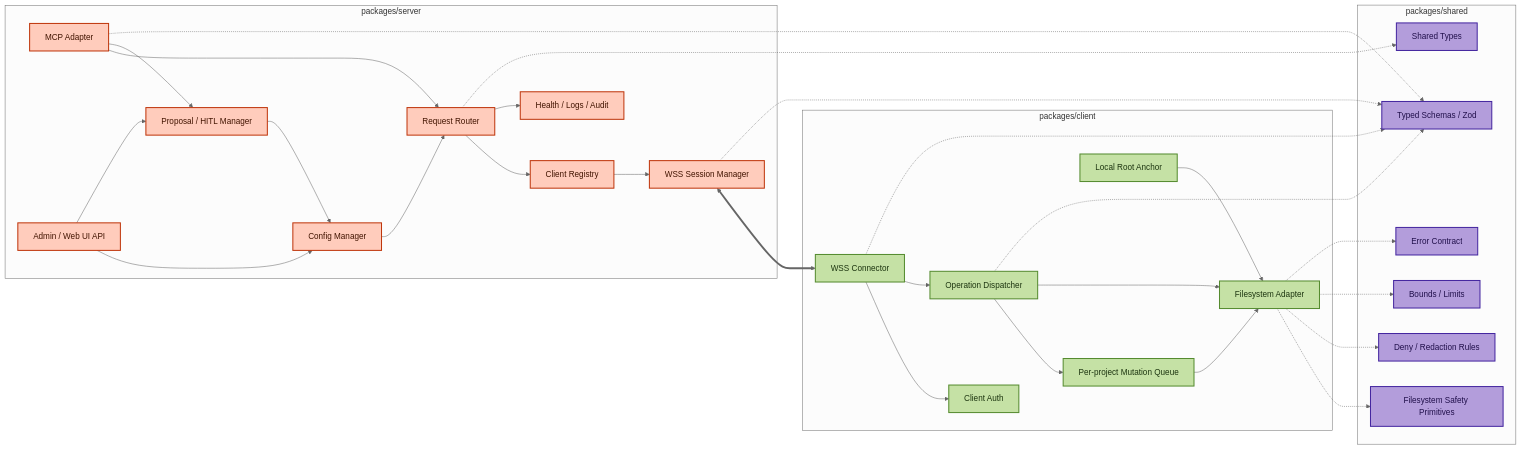
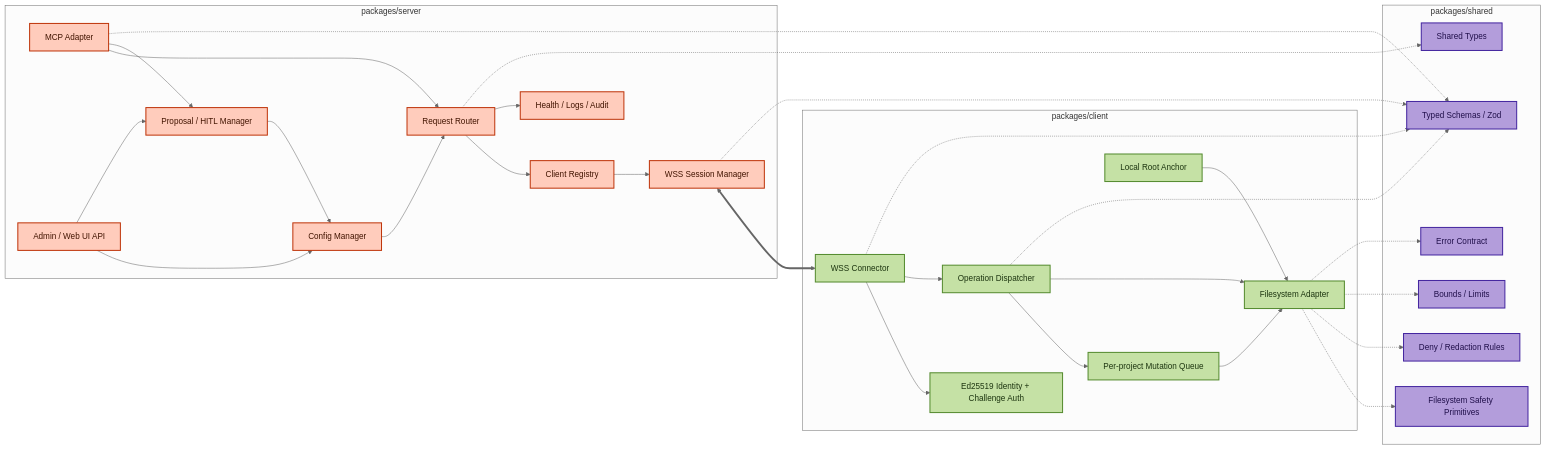
Before and after one commit to apinheiro99/reach-mcp: the third of 9 diagrams in docs/architecture.md, drawn with Mermaid (neutral theme). The commit also changed other lines of this file and 3 other files, not shown here.

First line of the commit message:
docs(adr): record ADR-0004 zero-touch Client onboarding with Ed25519 identity

````diff
--- a/docs/architecture.md
+++ b/docs/architecture.md
@@ -237,65 +245,65 @@
 ```mermaid
 flowchart LR
     subgraph SERVER["packages/server"]
         SMCP["MCP Adapter"]
         SADMIN["Admin / Web UI API"]
         SROUTE["Request Router"]
         SREG["Client Registry"]
         SCONF["Config Manager"]
         SHITL["Proposal / HITL Manager"]
         SOBS["Health / Logs / Audit"]
         SWSS["WSS Session Manager"]
     end
 
     subgraph SHARED["packages/shared"]
         SCHEMA["Typed Schemas / Zod"]
         TYPES["Shared Types"]
         ERR["Error Contract"]
         SAFETY["Filesystem Safety Primitives"]
         REDACT["Deny / Redaction Rules"]
         BOUNDS["Bounds / Limits"]
     end
 
     subgraph CLIENT["packages/client"]
         CWSS["WSS Connector"]
-        CAUTH["Client Auth"]
+        CAUTH["Ed25519 Identity + Challenge Auth"]
         CDISPATCH["Operation Dispatcher"]
         CQUEUE["Per-project Mutation Queue"]
         CROOT["Local Root Anchor"]
         CFS["Filesystem Adapter"]
     end
 
     SMCP --> SROUTE
     SMCP --> SHITL
     SADMIN --> SCONF
     SADMIN --> SHITL --> SCONF
     SROUTE --> SREG --> SWSS
     SCONF --> SROUTE
     SROUTE --> SOBS
 
     SWSS <==> CWSS
     CWSS --> CAUTH
     CWSS --> CDISPATCH
     CDISPATCH --> CQUEUE
     CDISPATCH --> CFS
     CQUEUE --> CFS
     CROOT --> CFS
 
     SMCP -.-> SCHEMA
     SWSS -.-> SCHEMA
     CWSS -.-> SCHEMA
     CDISPATCH -.-> SCHEMA
     CFS -.-> SAFETY
     CFS -.-> REDACT
     CFS -.-> BOUNDS
     SROUTE -.-> TYPES
     CFS -.-> ERR
 
     classDef server fill:#ffccbc,stroke:#bf360c,color:#421400,stroke-width:2px;
     classDef shared fill:#b39ddb,stroke:#4527a0,color:#21104b,stroke-width:2px;
     classDef client fill:#c5e1a5,stroke:#558b2f,color:#1d3510,stroke-width:2px;
 
     class SMCP,SADMIN,SROUTE,SREG,SCONF,SHITL,SOBS,SWSS server;
     class SCHEMA,TYPES,ERR,SAFETY,REDACT,BOUNDS shared;
     class CWSS,CAUTH,CDISPATCH,CQUEUE,CROOT,CFS client;
 ```
````
